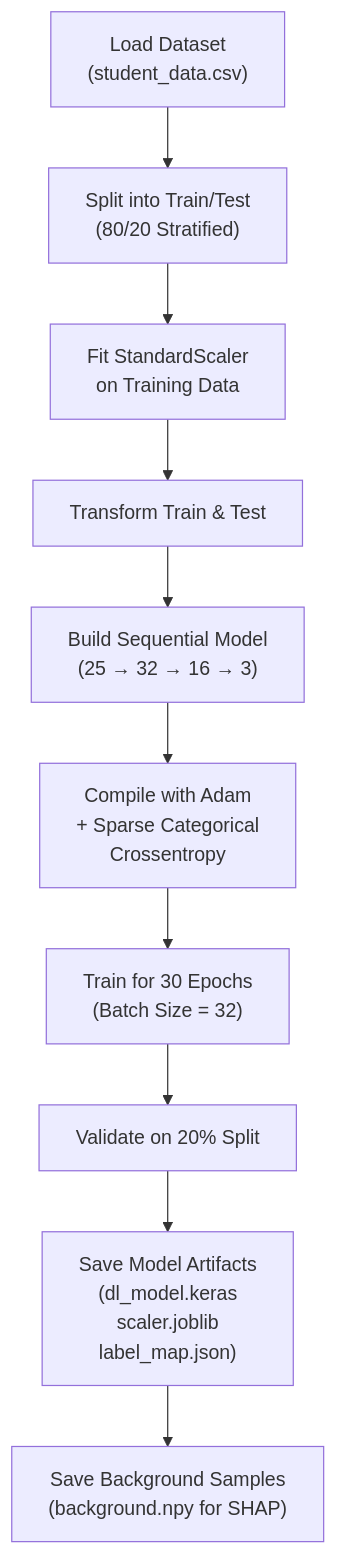
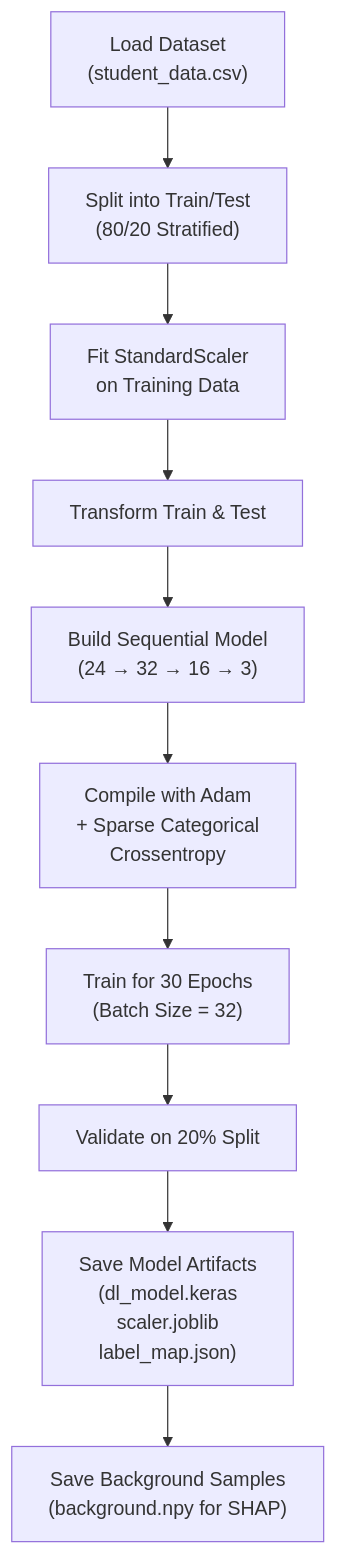
The fourth of 7 diagrams in diagram/05_algorithms_used.md (vrroshni/student-analyser), drawn with Mermaid before and after one commit. The commit also changed other lines of this file and 53 other files, not shown here.

````diff
--- a/diagram/05_algorithms_used.md
+++ b/diagram/05_algorithms_used.md
@@ -113,12 +113,12 @@
 ```mermaid
 flowchart TD
     A["Load Dataset\n(student_data.csv)"] --> B["Split into Train/Test\n(80/20 Stratified)"]
     B --> C["Fit StandardScaler\non Training Data"]
     C --> D["Transform Train & Test"]
-    D --> E["Build Sequential Model\n(25 → 32 → 16 → 3)"]
+    D --> E["Build Sequential Model\n(24 → 32 → 16 → 3)"]
     E --> F["Compile with Adam\n+ Sparse Categorical\nCrossentropy"]
     F --> G["Train for 30 Epochs\n(Batch Size = 32)"]
     G --> H["Validate on 20% Split"]
     H --> I["Save Model Artifacts\n(dl_model.keras\nscaler.joblib\nlabel_map.json)"]
     I --> J["Save Background Samples\n(background.npy for SHAP)"]
 ```
````
